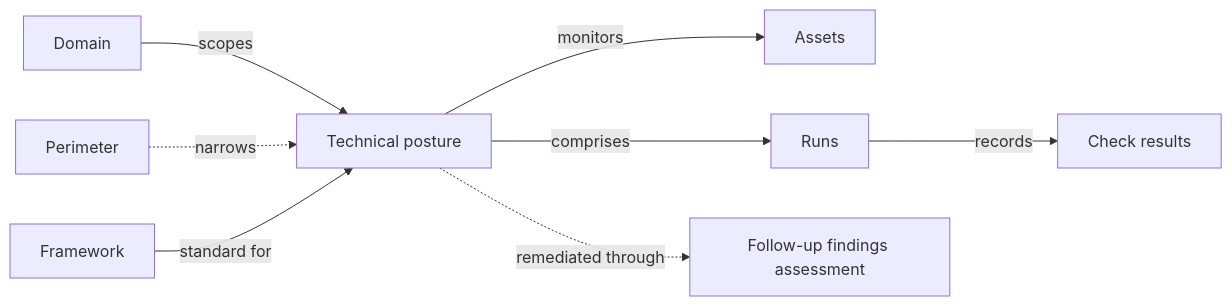
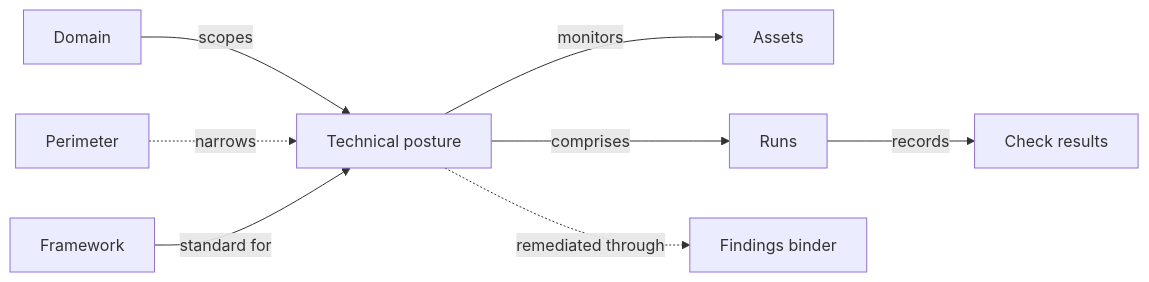
Before and after one commit to intuitem/ciso-assistant-community: the diagram in product-docs/concepts/technical-postures.md, drawn with Mermaid. The commit also changed other lines of this file and 30 other files, not shown here.

````diff
--- a/product-docs/concepts/technical-postures.md
+++ b/product-docs/concepts/technical-postures.md
@@ -11,10 +11,10 @@
 ```mermaid
 graph LR
   D[Domain] -->|scopes| TP[Technical posture]
   P[Perimeter] -.->|narrows| TP
   F[Framework] -->|standard for| TP
   TP -->|monitors| A[Assets]
   TP -->|comprises| R[Runs]
   R -->|records| CR[Check results]
-  TP -.->|remediated through| FA[Follow-up findings assessment]
+  TP -.->|remediated through| FA[Findings binder]
 ```
````
